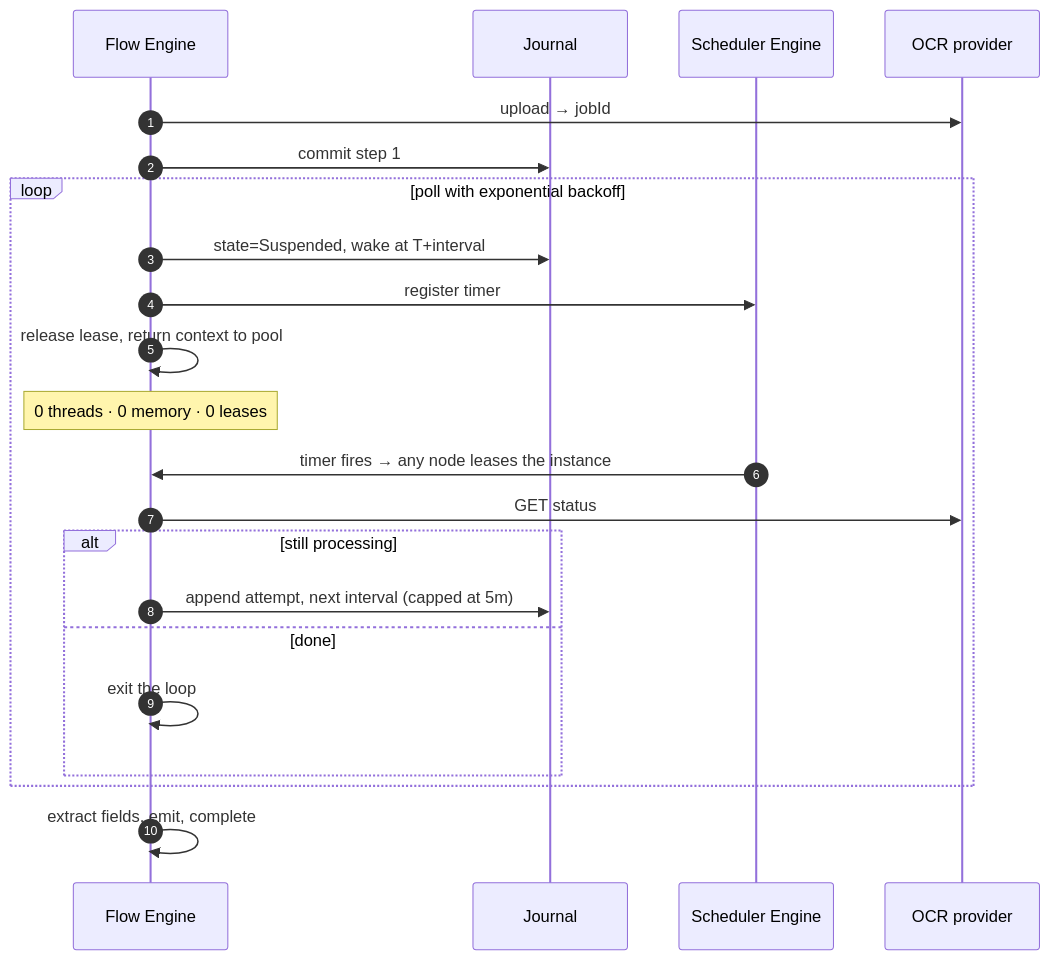
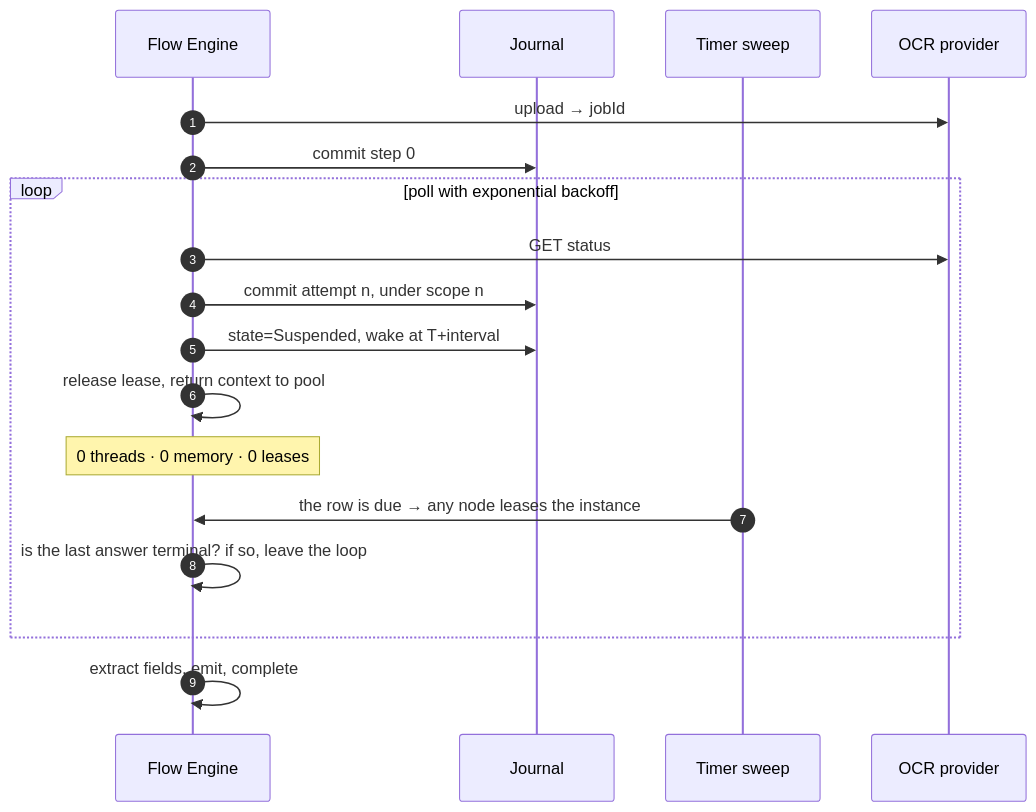
One commit to KhaiTrang1995/NexusFlow changed the diagram in samples/polling/README.md. Above: the diagram before and after it, drawn with Mermaid. The commit also changed other lines of this file and 11 other files, not shown here.

````diff
--- a/samples/polling/README.md
+++ b/samples/polling/README.md
@@ -95,25 +71,21 @@
 ```mermaid
 sequenceDiagram
     autonumber
     participant FE as Flow Engine
     participant J as Journal
-    participant SE as Scheduler Engine
+    participant SW as Timer sweep
     participant OCR as OCR provider
 
     FE->>OCR: upload → jobId
-    FE->>J: commit step 1
+    FE->>J: commit step 0
     loop poll with exponential backoff
+        FE->>OCR: GET status
+        FE->>J: commit attempt n, under scope n
         FE->>J: state=Suspended, wake at T+interval
-        FE->>SE: register timer
         FE->>FE: release lease, return context to pool
         Note over FE: 0 threads · 0 memory · 0 leases
-        SE->>FE: timer fires → any node leases the instance
-        FE->>OCR: GET status
-        alt still processing
-            FE->>J: append attempt, next interval (capped at 5m)
-        else done
-            FE->>FE: exit the loop
-        end
+        SW->>FE: the row is due → any node leases the instance
+        FE->>FE: is the last answer terminal? if so, leave the loop
     end
     FE->>FE: extract fields, emit, complete
 ```
````
